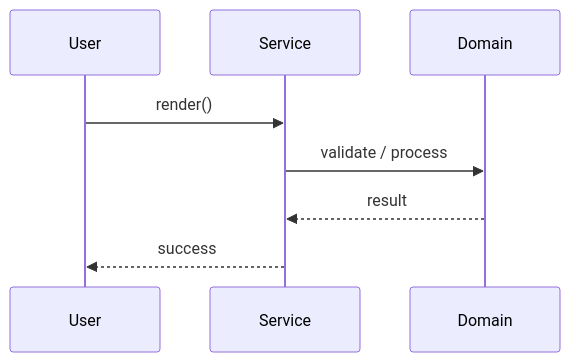
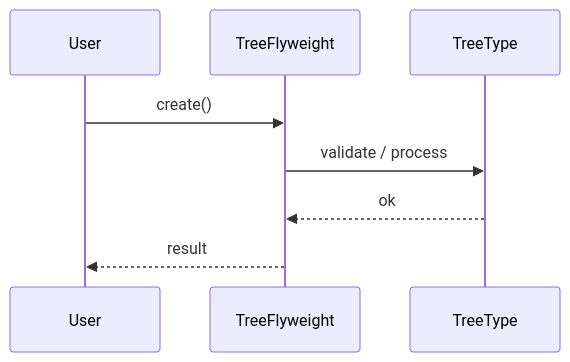
Before and after one commit to madhupaila/Interview-Prep-SSE: the second of 3 diagrams in Learn/System Design - Low Level Design/03-design-patterns/questions/Q21-flyweight-forest.md, drawn with Mermaid. The commit also changed other lines of this file and 491 other files, not shown here.

````diff
--- a/Learn/System Design - Low Level Design/03-design-patterns/questions/Q21-flyweight-forest.md
+++ b/Learn/System Design - Low Level Design/03-design-patterns/questions/Q21-flyweight-forest.md
@@ -121,10 +146,10 @@
 ```mermaid
 sequenceDiagram
-    participant U as User
-    participant S as Service
-    participant D as Domain
-    U->>S: render()
-    S->>D: validate / process
-    D-->>S: result
-    S-->>U: success
+participant U as User
+participant S as TreeFlyweight
+participant D as TreeType
+U->>S: create()
+S->>D: validate / process
+D-->>S: ok
+S-->>U: result
 ```
````
